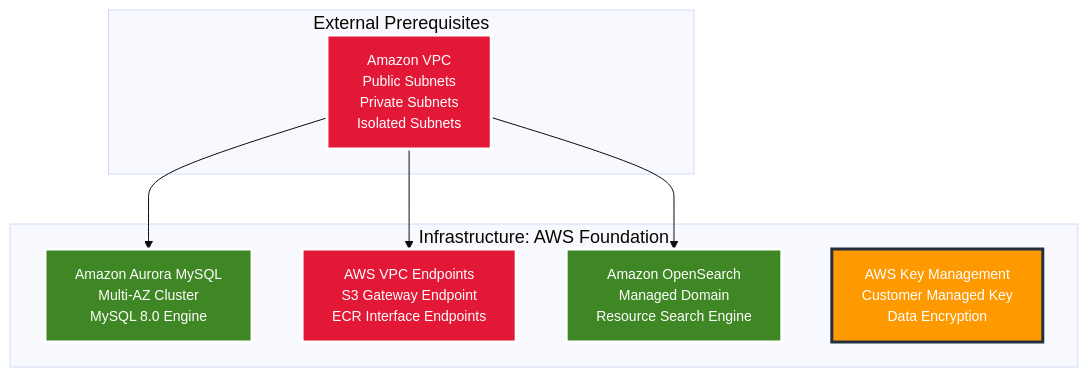
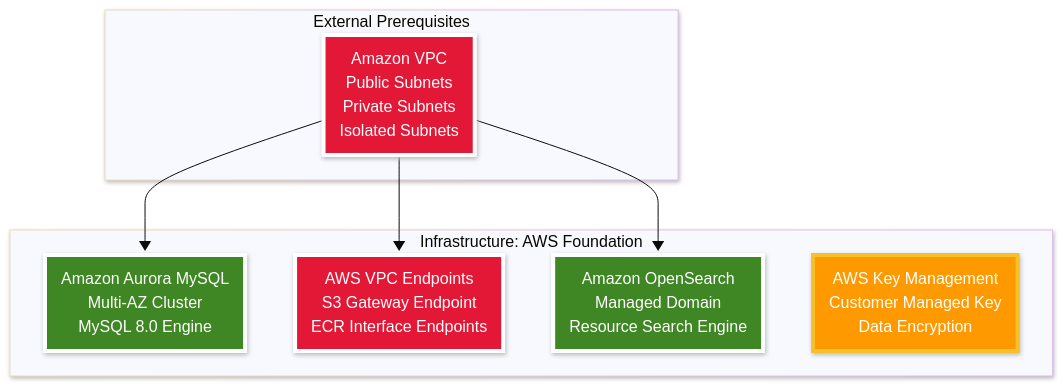
The diagram in ecs-hosted/go/diagrams/02-infrastructure.mmd (pulumi/pulumi-self-hosted-installers), drawn with Mermaid before and after one commit. The commit also changed 55 other files, not shown here.

```diff
--- a/ecs-hosted/go/diagrams/02-infrastructure.mmd
+++ b/ecs-hosted/go/diagrams/02-infrastructure.mmd
@@ -1,23 +1,27 @@
-%%{init: {'theme':'base', 'themeVariables': {'fontSize': '18px', 'fontFamily': 'Arial, sans-serif'}}}%%
+---
+config:
+  look: neo
+  theme: base
+---
 graph TD
-    classDef storage fill:#3F8624,stroke:#FFFFFF,stroke-width:3px,color:#FFFFFF,font-size:14px
-    classDef network fill:#E31837,stroke:#FFFFFF,stroke-width:3px,color:#FFFFFF,font-size:14px
-    classDef aws fill:#FF9900,stroke:#232F3E,stroke-width:3px,color:#FFFFFF,font-size:14px
+    classDef storage fill:#3F8624,stroke:#FFFFFF,stroke-width:4px,color:#FFFFFF
+    classDef network fill:#E31837,stroke:#FFFFFF,stroke-width:4px,color:#FFFFFF
+    classDef aws fill:#FF9900,stroke:#f7bf2a,stroke-width:4px,color:#FFFFFF
     
     subgraph INFRA["Infrastructure: AWS Foundation"]
         AURORA[Amazon Aurora MySQL<br/>Multi-AZ Cluster<br/>MySQL 8.0 Engine]:::storage
         
         VPC_ENDPOINTS[AWS VPC Endpoints<br/>S3 Gateway Endpoint<br/>ECR Interface Endpoints]:::network
         
         OPENSEARCH[Amazon OpenSearch<br/>Managed Domain<br/>Resource Search Engine]:::storage
         
         KMS[AWS Key Management<br/>Customer Managed Key<br/>Data Encryption]:::aws
     end
     
     subgraph EXT["External Prerequisites"]
         VPC[Amazon VPC<br/>Public Subnets<br/>Private Subnets<br/>Isolated Subnets]:::network
     end
     
     VPC --> AURORA
     VPC --> VPC_ENDPOINTS  
     VPC --> OPENSEARCH
```
